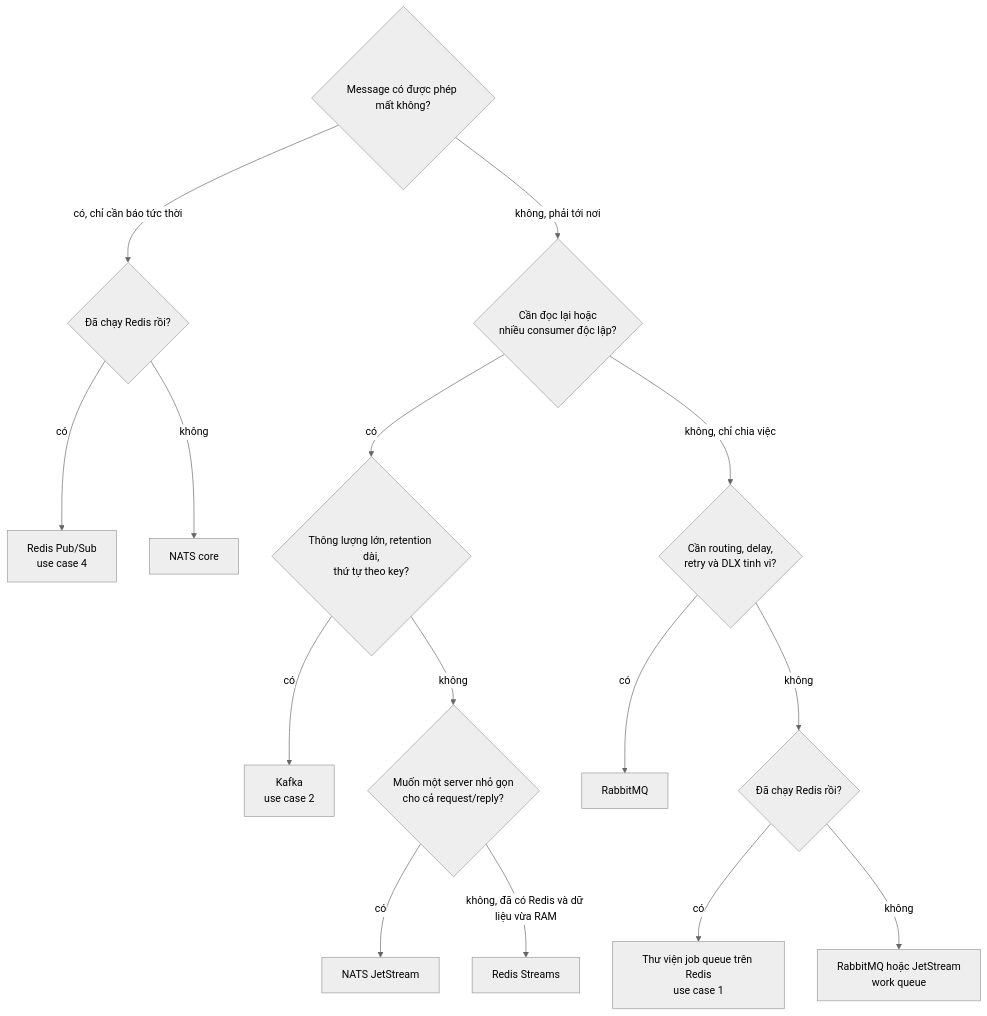
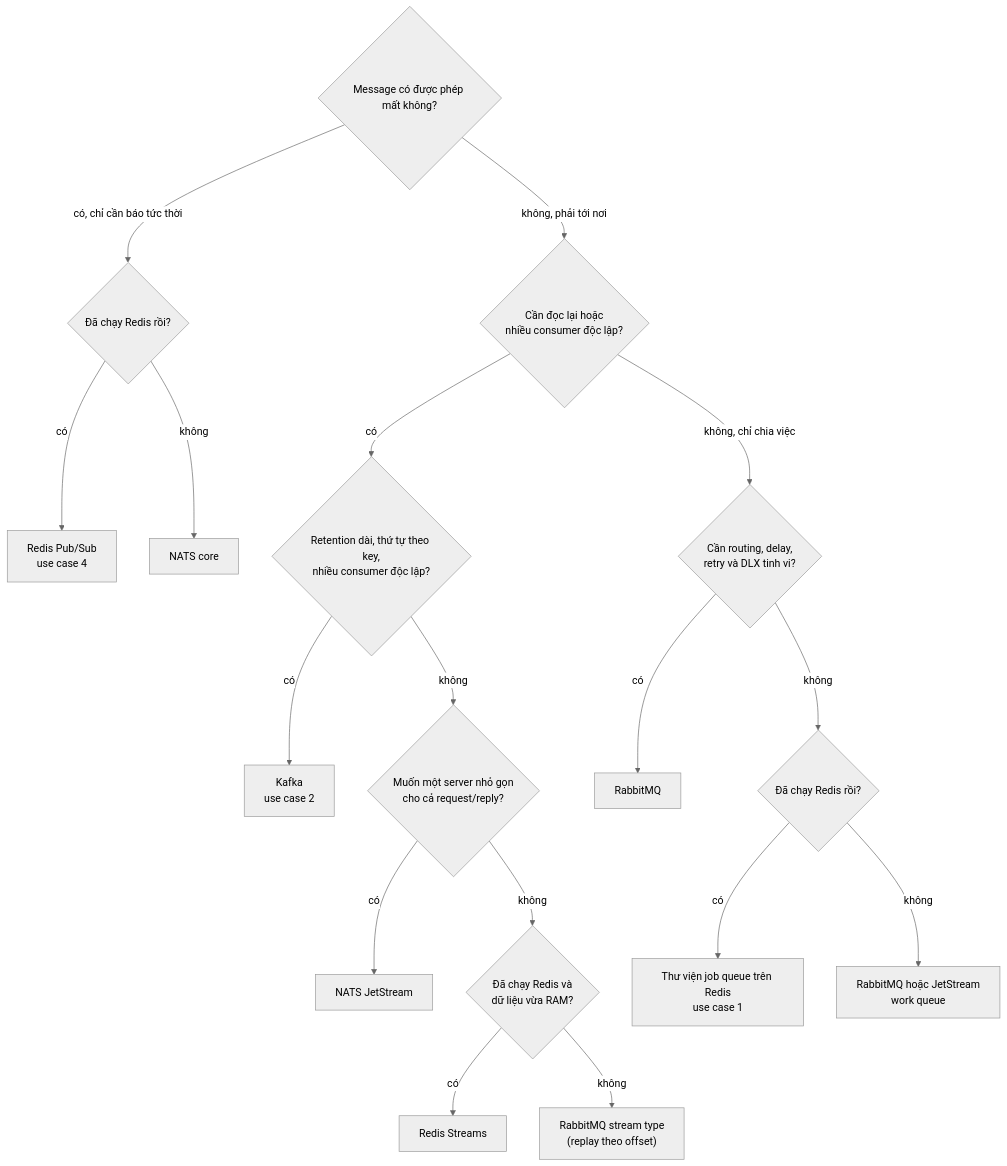
One commit to nv-minh/mq-redis-handbook changed the second of 15 diagrams in 09-production/theory.md. Above: the diagram before and after it, drawn with Mermaid (neutral theme). The commit also changed other lines of this file, not shown here.

````diff
--- a/09-production/theory.md
+++ b/09-production/theory.md
@@ -107,17 +108,19 @@
 ```mermaid
 flowchart TD
     S{"Message có được phép mất không?"} -->|"có, chỉ cần báo tức thời"| FO{"Đã chạy Redis rồi?"}
     FO -->|"có"| PS["Redis Pub/Sub<br/>use case 4"]
     FO -->|"không"| NC["NATS core"]
     S -->|"không, phải tới nơi"| RP{"Cần đọc lại hoặc<br/>nhiều consumer độc lập?"}
-    RP -->|"có"| BIG{"Thông lượng lớn, retention dài,<br/>thứ tự theo key?"}
+    RP -->|"có"| BIG{"Retention dài, thứ tự theo key,<br/>nhiều consumer độc lập?"}
     BIG -->|"có"| KF["Kafka<br/>use case 2"]
     BIG -->|"không"| SM{"Muốn một server nhỏ gọn<br/>cho cả request/reply?"}
     SM -->|"có"| JS["NATS JetStream"]
-    SM -->|"không, đã có Redis và dữ liệu vừa RAM"| RS["Redis Streams"]
+    SM -->|"không"| RD{"Đã chạy Redis và<br/>dữ liệu vừa RAM?"}
+    RD -->|"có"| RS["Redis Streams"]
+    RD -->|"không"| RBS["RabbitMQ stream type<br/>(replay theo offset)"]
     RP -->|"không, chỉ chia việc"| TQ{"Cần routing, delay,<br/>retry và DLX tinh vi?"}
     TQ -->|"có"| RB["RabbitMQ"]
     TQ -->|"không"| RR{"Đã chạy Redis rồi?"}
     RR -->|"có"| JQ["Thư viện job queue trên Redis<br/>use case 1"]
     RR -->|"không"| RB2["RabbitMQ hoặc JetStream<br/>work queue"]
 ```
````
